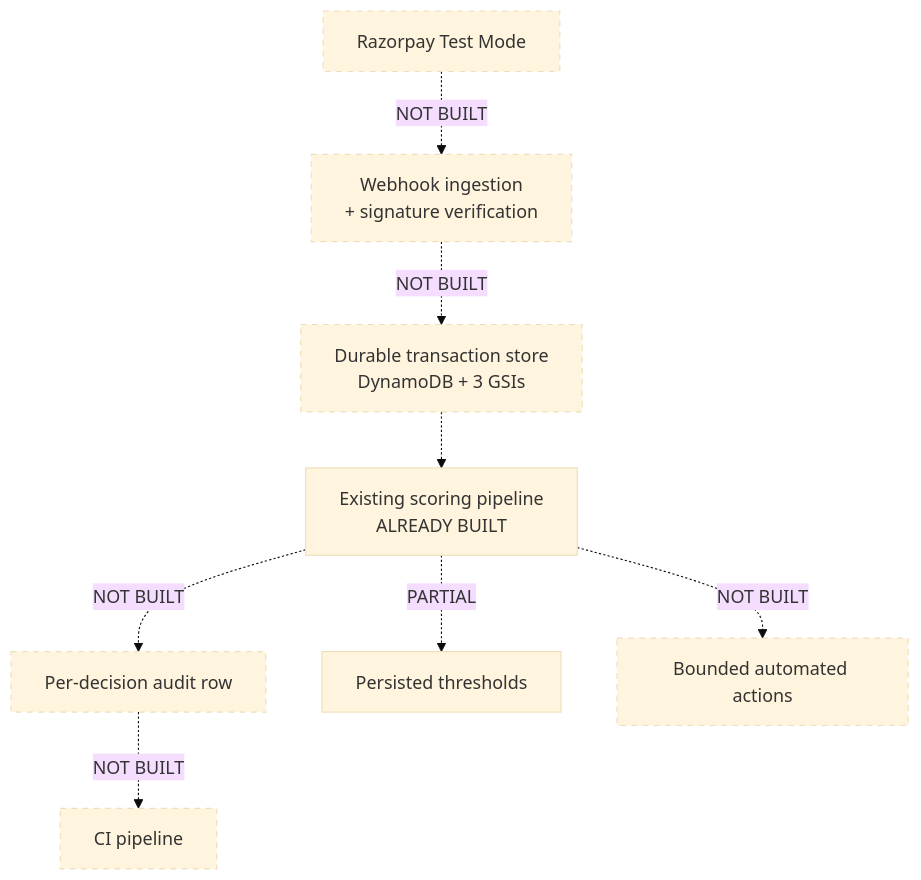
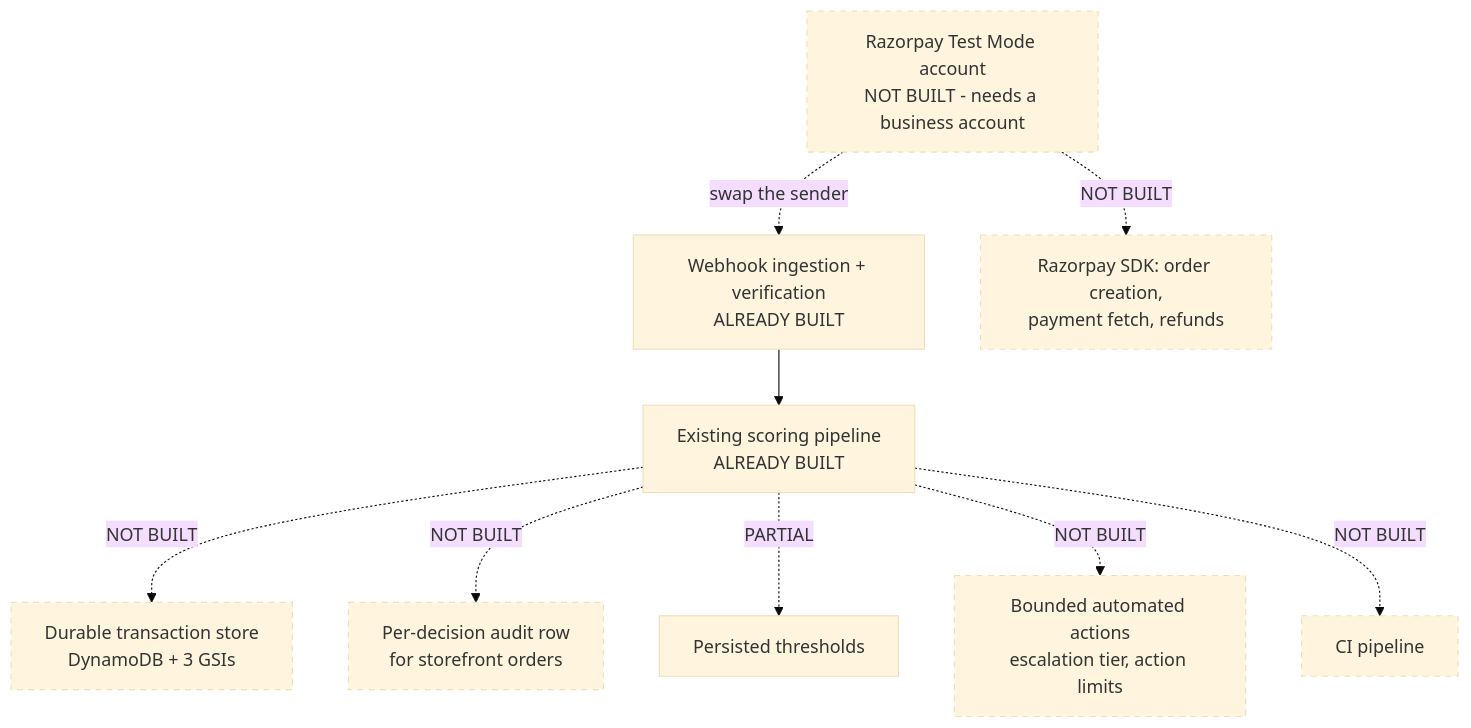
Before and after one commit to Cyberexe1/Risk_Analyzer: the second of 2 diagrams in README.md, drawn with Mermaid (base theme). The commit also changed other lines of this file and 6 other files, not shown here.

````diff
--- a/README.md
+++ b/README.md
@@ -148,17 +158,18 @@
 ```mermaid
 flowchart TD
-    A["Razorpay Test Mode"] -.->|"NOT BUILT"| B["Webhook ingestion<br/>+ signature verification"]
-    B -.->|"NOT BUILT"| C["Durable transaction store<br/>DynamoDB + 3 GSIs"]
-    C -.-> D["Existing scoring pipeline<br/>ALREADY BUILT"]
-    D -.->|"NOT BUILT"| E["Per-decision audit row"]
-    D -.->|"PARTIAL"| F["Persisted thresholds"]
-    D -.->|"NOT BUILT"| G["Bounded automated actions"]
-    E -.->|"NOT BUILT"| H["CI pipeline"]
+    A["Razorpay Test Mode account<br/>NOT BUILT - needs a business account"] -.->|"swap the sender"| B["Webhook ingestion + verification<br/>ALREADY BUILT"]
+    A -.->|"NOT BUILT"| A2["Razorpay SDK: order creation,<br/>payment fetch, refunds"]
+    B --> C2["Existing scoring pipeline<br/>ALREADY BUILT"]
+    C2 -.->|"NOT BUILT"| C["Durable transaction store<br/>DynamoDB + 3 GSIs"]
+    C2 -.->|"NOT BUILT"| E["Per-decision audit row<br/>for storefront orders"]
+    C2 -.->|"PARTIAL"| F["Persisted thresholds"]
+    C2 -.->|"NOT BUILT"| G["Bounded automated actions<br/>escalation tier, action limits"]
+    C2 -.->|"NOT BUILT"| H["CI pipeline"]
 
     style A stroke-dasharray: 5 5
-    style B stroke-dasharray: 5 5
+    style A2 stroke-dasharray: 5 5
     style C stroke-dasharray: 5 5
     style E stroke-dasharray: 5 5
     style G stroke-dasharray: 5 5
     style H stroke-dasharray: 5 5
 ```
````
